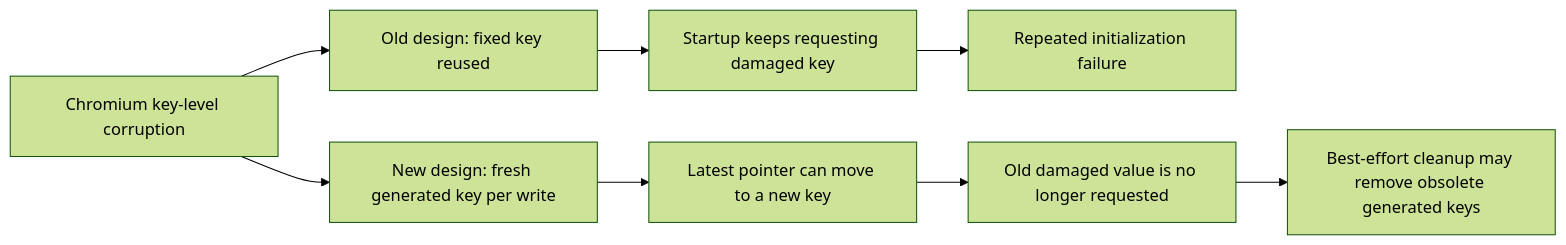
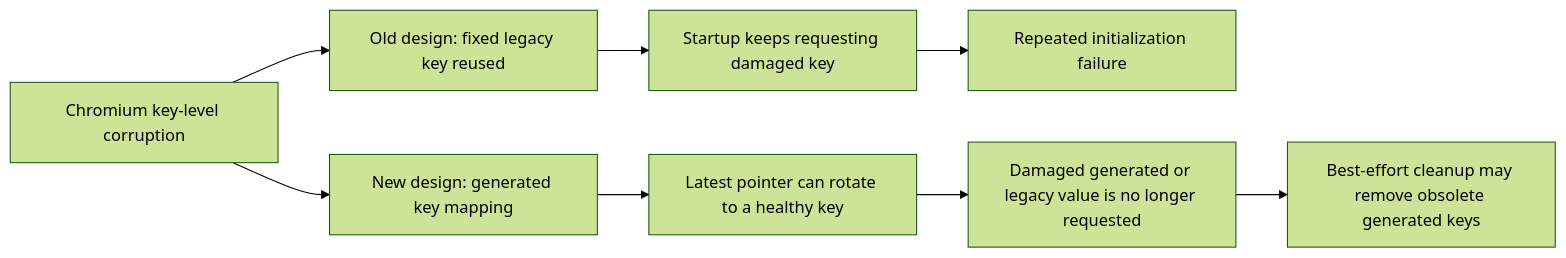
Before and after one commit to MetaMask/metamask-extension: the tenth of 12 diagrams in extension-stability-adr-draft.md, drawn with Mermaid (forest theme). The commit also changed other lines of this file, not shown here.

````diff
--- a/extension-stability-adr-draft.md
+++ b/extension-stability-adr-draft.md
@@ -491,12 +630,12 @@
 ```mermaid
 flowchart LR
-  C["Chromium key-level corruption"] --> O1["Old design: fixed key reused"]
-  C --> N1["New design: fresh generated key per write"]
+  C["Chromium key-level corruption"] --> O1["Old design: fixed legacy key reused"]
+  C --> N1["New design: generated key mapping"]
 
   O1 --> O2["Startup keeps requesting damaged key"]
   O2 --> O3["Repeated initialization failure"]
 
-  N1 --> N2["Latest pointer can move to a new key"]
-  N2 --> N3["Old damaged value is no longer requested"]
+  N1 --> N2["Latest pointer can rotate to a healthy key"]
+  N2 --> N3["Damaged generated or legacy value is no longer requested"]
   N3 --> N4["Best-effort cleanup may remove obsolete generated keys"]
 ```
````
